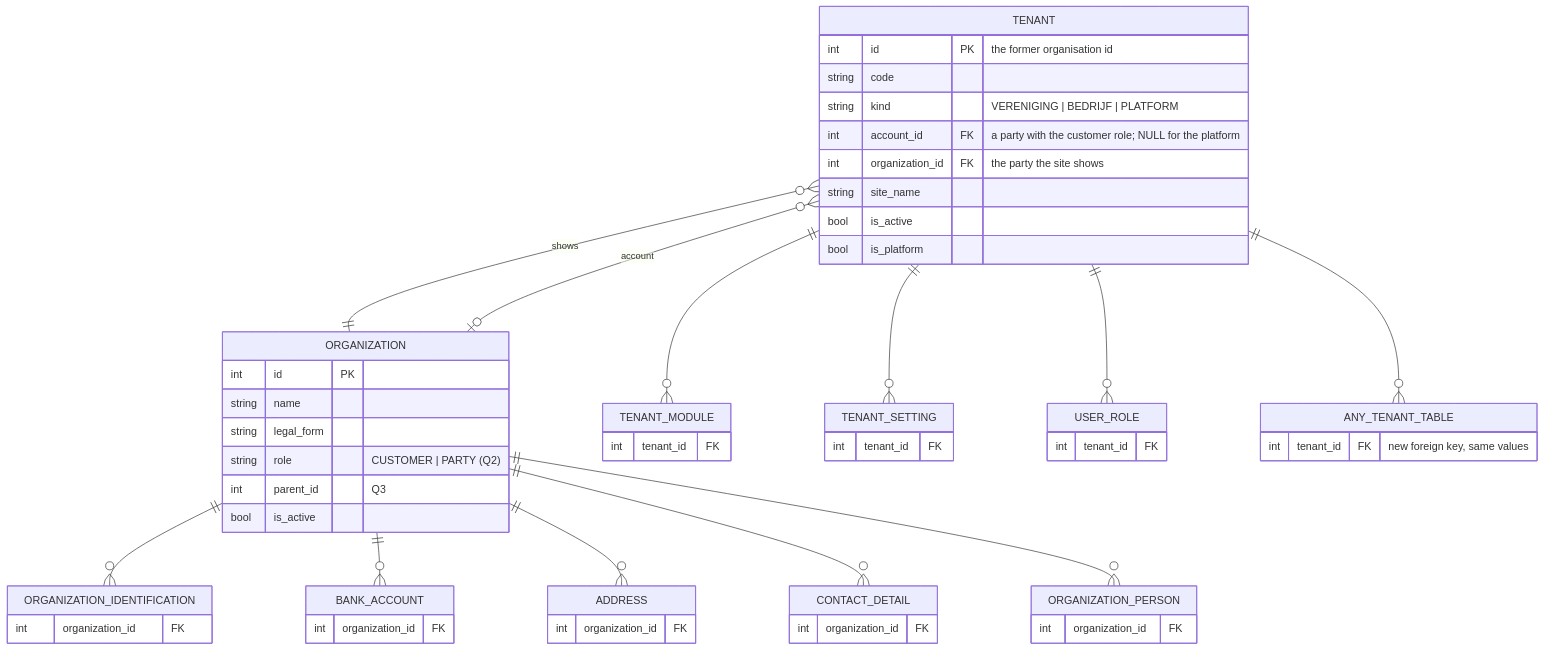
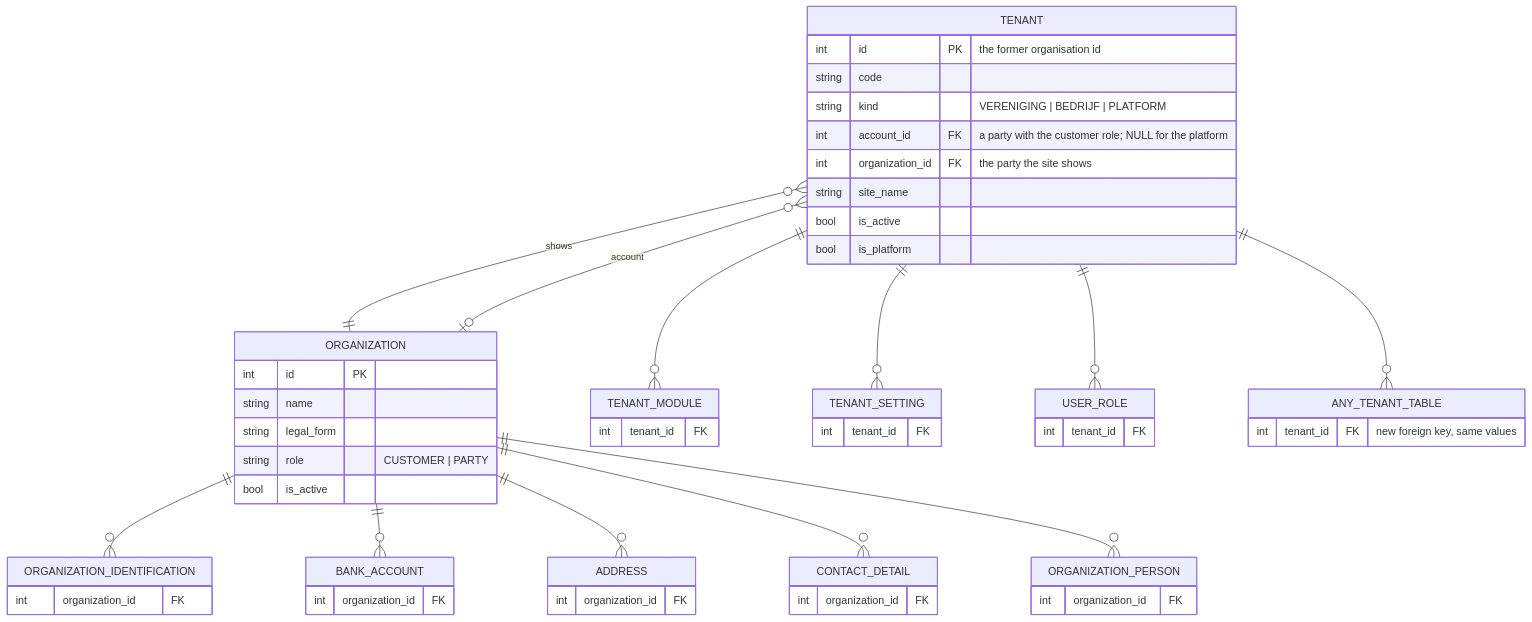
Before and after one commit to KoenRenders/KoenTest: the fifth of 5 diagrams in docs/change_request_20_tenant_apart_from_organisation.md, drawn with Mermaid. The commit also changed other lines of this file, not shown here.

````diff
--- a/docs/change_request_20_tenant_apart_from_organisation.md
+++ b/docs/change_request_20_tenant_apart_from_organisation.md
@@ -261,41 +261,40 @@
 ```mermaid
 erDiagram
   TENANT {
     int id PK "the former organisation id"
     string code
     string kind "VERENIGING | BEDRIJF | PLATFORM"
     int account_id FK "a party with the customer role; NULL for the platform"
     int organization_id FK "the party the site shows"
     string site_name
     bool is_active
     bool is_platform
   }
   ORGANIZATION {
     int id PK
     string name
     string legal_form
-    string role "CUSTOMER | PARTY (Q2)"
-    int parent_id "Q3"
+    string role "CUSTOMER | PARTY"
     bool is_active
   }
   ORGANIZATION_IDENTIFICATION { int organization_id FK }
   BANK_ACCOUNT { int organization_id FK }
   ADDRESS { int organization_id FK }
   CONTACT_DETAIL { int organization_id FK }
   ORGANIZATION_PERSON { int organization_id FK }
   TENANT_MODULE { int tenant_id FK }
   TENANT_SETTING { int tenant_id FK }
   USER_ROLE { int tenant_id FK }
   ANY_TENANT_TABLE { int tenant_id FK "new foreign key, same values" }
   TENANT }o--|| ORGANIZATION : "shows"
   TENANT }o--o| ORGANIZATION : "account"
   ORGANIZATION ||--o{ ORGANIZATION_IDENTIFICATION : ""
   ORGANIZATION ||--o{ BANK_ACCOUNT : ""
   ORGANIZATION ||--o{ ADDRESS : ""
   ORGANIZATION ||--o{ CONTACT_DETAIL : ""
   ORGANIZATION ||--o{ ORGANIZATION_PERSON : ""
   TENANT ||--o{ TENANT_MODULE : ""
   TENANT ||--o{ TENANT_SETTING : ""
   TENANT ||--o{ USER_ROLE : ""
   TENANT ||--o{ ANY_TENANT_TABLE : ""
 ```
````
